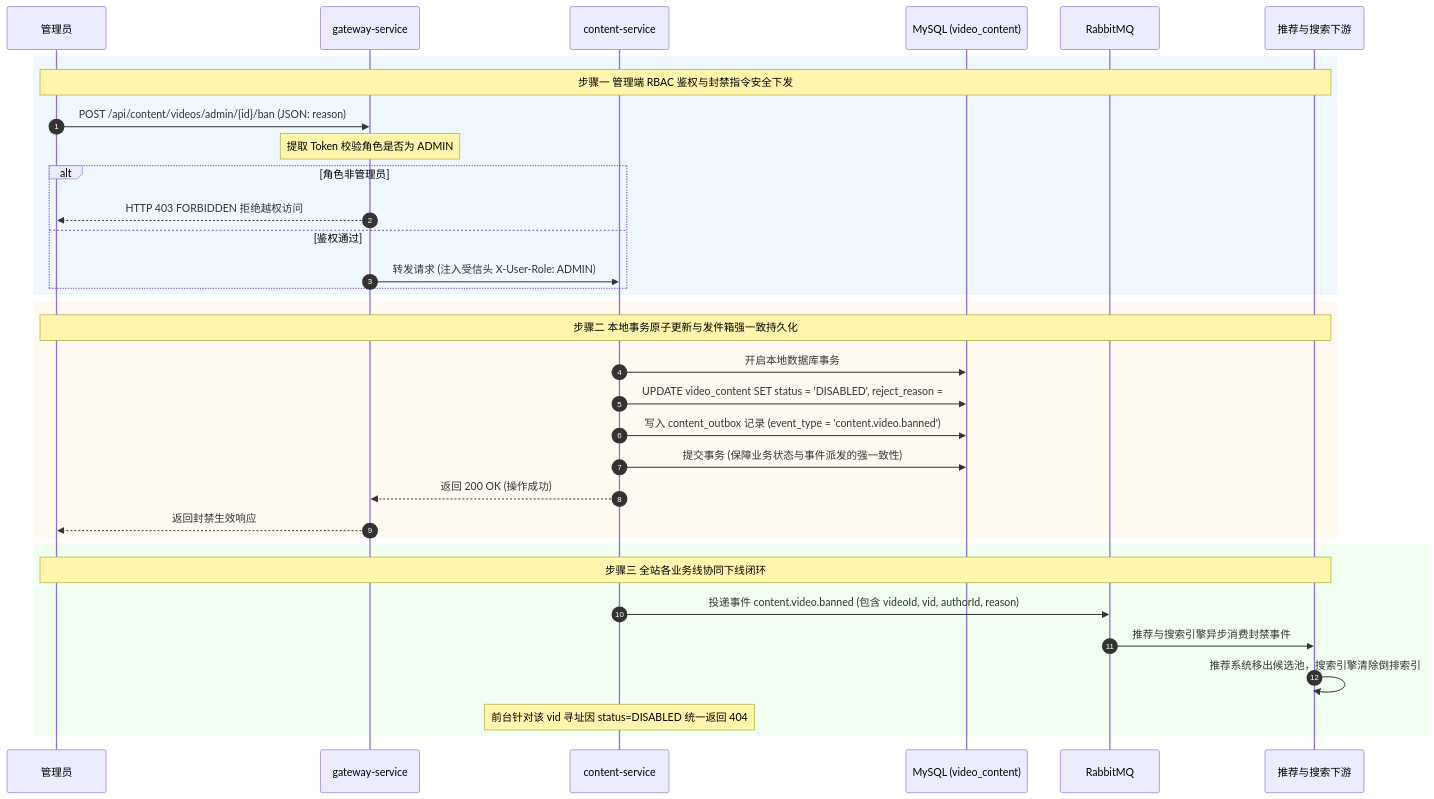
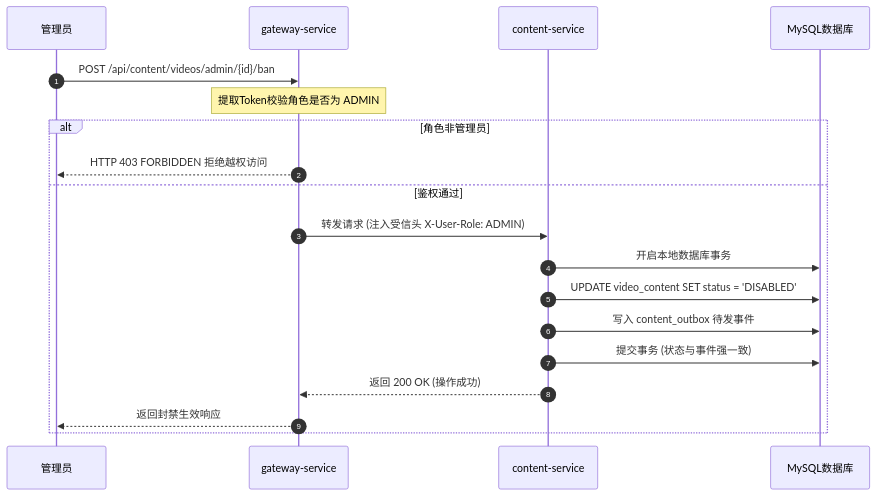
The second of 3 diagrams in docs/flows/05-platform-governance-flow.md (fank-c/media-platform-rebuild), drawn with Mermaid before and after one commit. The commit also changed other lines of this file and 4 other files, not shown here.

First line of the commit message:
docs(flows): 优化主线流程图深色模式对比度与时序图结构

````diff
--- a/docs/flows/05-platform-governance-flow.md
+++ b/docs/flows/05-platform-governance-flow.md
@@ -43,42 +44,22 @@
 ```mermaid
 sequenceDiagram
     autonumber
     participant Admin as 管理员
     participant GW as gateway-service
     participant CS as content-service
-    participant DB as MySQL (video_content)
-    participant MQ as RabbitMQ
-    participant Rec as 推荐与搜索下游
+    participant DB as MySQL数据库
 
-    %% 第一步：管理员发起封禁
-    rect rgb(240, 248, 255)
-    Note over Admin,Rec: 步骤一 管理端 RBAC 鉴权与封禁指令安全下发
-    Admin->>GW: POST /api/content/videos/admin/{id}/ban (JSON: reason)
-    Note over GW: 提取 Token 校验角色是否为 ADMIN
+    Admin->>GW: POST /api/content/videos/admin/{id}/ban
+    Note over GW: 提取Token校验角色是否为 ADMIN
     alt 角色非管理员
         GW-->>Admin: HTTP 403 FORBIDDEN 拒绝越权访问
     else 鉴权通过
         GW->>CS: 转发请求 (注入受信头 X-User-Role: ADMIN)
-    end
-    end
-
-    %% 第二步：状态原子跃迁与事务发件箱
-    rect rgb(255, 250, 240)
-    Note over Admin,Rec: 步骤二 本地事务原子更新与发件箱强一致持久化
-    CS->>DB: 开启本地数据库事务
-    CS->>DB: UPDATE video_content SET status = 'DISABLED', reject_reason = #{reason} WHERE id = #{id}
-    CS->>DB: 写入 content_outbox 记录 (event_type = 'content.video.banned')
-    CS->>DB: 提交事务 (保障业务状态与事件派发的强一致性)
-    CS-->>GW: 返回 200 OK (操作成功)
-    GW-->>Admin: 返回封禁生效响应
-    end
-
-    %% 第三步：异步领域事件全站下线
-    rect rgb(240, 255, 240)
-    Note over Admin,Rec: 步骤三 全站各业务线协同下线闭环
-    CS->>MQ: 投递事件 content.video.banned (包含 videoId, vid, authorId, reason)
-    MQ->>Rec: 推荐与搜索引擎异步消费封禁事件
-    Rec->>Rec: 推荐系统移出候选池，搜索引擎清除倒排索引
-    Note over CS: 前台针对该 vid 寻址因 status=DISABLED 统一返回 404
+        CS->>DB: 开启本地数据库事务
+        CS->>DB: UPDATE video_content SET status = 'DISABLED'
+        CS->>DB: 写入 content_outbox 待发事件
+        CS->>DB: 提交事务 (状态与事件强一致)
+        CS-->>GW: 返回 200 OK (操作成功)
+        GW-->>Admin: 返回封禁生效响应
     end
 ```
````
